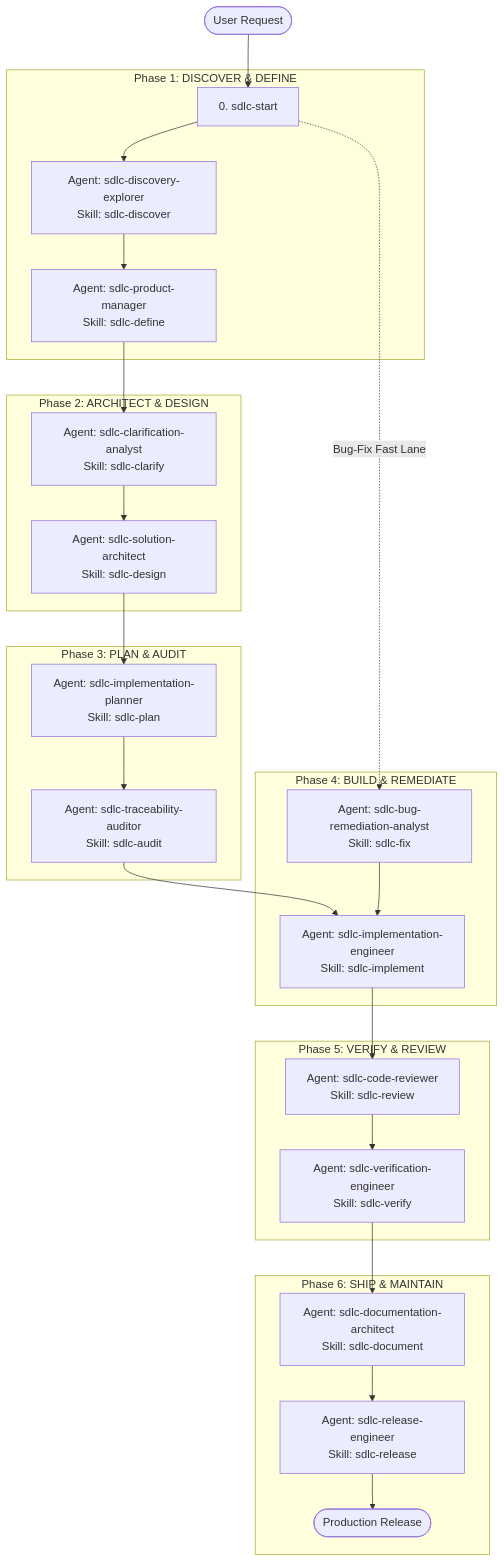
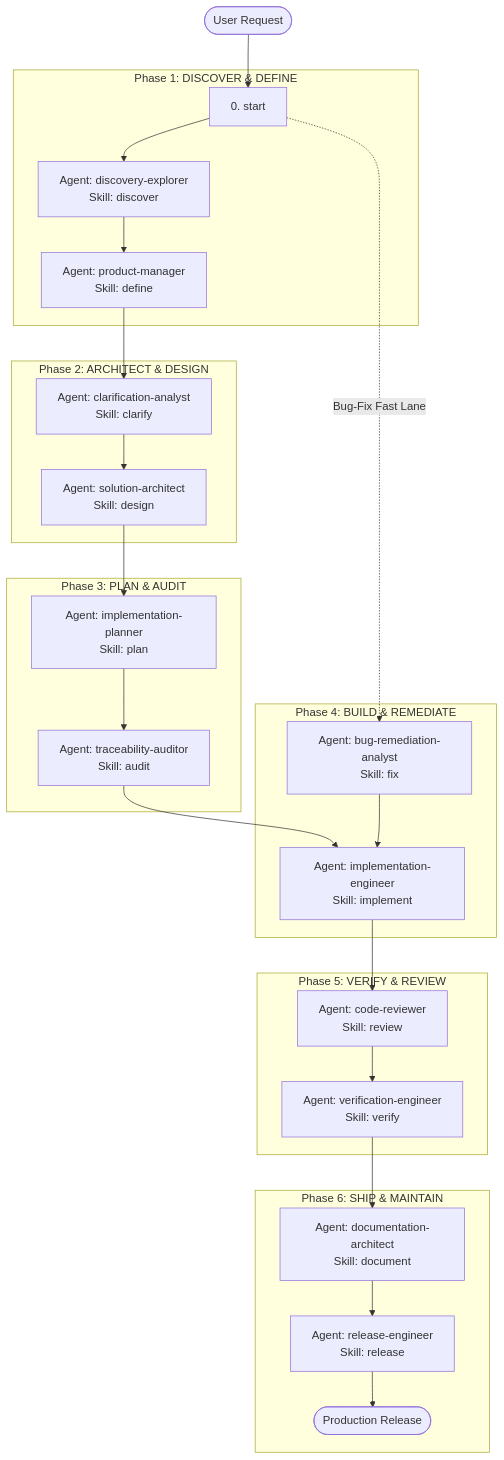
Before and after one commit to coderbuzz/agent-toolkit: the diagram in README.md, drawn with Mermaid. The commit also changed other lines of this file and 827 other files, not shown here.

````diff
--- a/README.md
+++ b/README.md
@@ -130,36 +130,36 @@
 ```mermaid
 flowchart TD
-    Start([User Request]) --> Router["0. sdlc-start"]
+    Start([User Request]) --> Router["0. start"]
     
     subgraph Phase 1: DISCOVER & DEFINE
-        Router --> Explorer["Agent: sdlc-discovery-explorer\nSkill: sdlc-discover"]
-        Explorer --> PM["Agent: sdlc-product-manager\nSkill: sdlc-define"]
+        Router --> Explorer["Agent: discovery-explorer\nSkill: discover"]
+        Explorer --> PM["Agent: product-manager\nSkill: define"]
     end
     
     subgraph Phase 2: ARCHITECT & DESIGN
-        PM --> Clarify["Agent: sdlc-clarification-analyst\nSkill: sdlc-clarify"]
-        Clarify --> Architect["Agent: sdlc-solution-architect\nSkill: sdlc-design"]
+        PM --> Clarify["Agent: clarification-analyst\nSkill: clarify"]
+        Clarify --> Architect["Agent: solution-architect\nSkill: design"]
     end
     
     subgraph Phase 3: PLAN & AUDIT
-        Architect --> Planner["Agent: sdlc-implementation-planner\nSkill: sdlc-plan"]
-        Planner --> Auditor["Agent: sdlc-traceability-auditor\nSkill: sdlc-audit"]
+        Architect --> Planner["Agent: implementation-planner\nSkill: plan"]
+        Planner --> Auditor["Agent: traceability-auditor\nSkill: audit"]
     end
     
     subgraph Phase 4: BUILD & REMEDIATE
-        Auditor --> Engineer["Agent: sdlc-implementation-engineer\nSkill: sdlc-implement"]
-        Router -. Bug-Fix Fast Lane .-> BugAnalyst["Agent: sdlc-bug-remediation-analyst\nSkill: sdlc-fix"]
+        Auditor --> Engineer["Agent: implementation-engineer\nSkill: implement"]
+        Router -. Bug-Fix Fast Lane .-> BugAnalyst["Agent: bug-remediation-analyst\nSkill: fix"]
         BugAnalyst --> Engineer
     end
     
     subgraph Phase 5: VERIFY & REVIEW
-        Engineer --> Reviewer["Agent: sdlc-code-reviewer\nSkill: sdlc-review"]
-        Reviewer --> Verifier["Agent: sdlc-verification-engineer\nSkill: sdlc-verify"]
+        Engineer --> Reviewer["Agent: code-reviewer\nSkill: review"]
+        Reviewer --> Verifier["Agent: verification-engineer\nSkill: verify"]
     end
     
     subgraph Phase 6: SHIP & MAINTAIN
-        Verifier --> DocArch["Agent: sdlc-documentation-architect\nSkill: sdlc-document"]
-        DocArch --> ReleaseEng["Agent: sdlc-release-engineer\nSkill: sdlc-release"]
+        Verifier --> DocArch["Agent: documentation-architect\nSkill: document"]
+        DocArch --> ReleaseEng["Agent: release-engineer\nSkill: release"]
         ReleaseEng --> Done([Production Release])
     end
 ```
````
